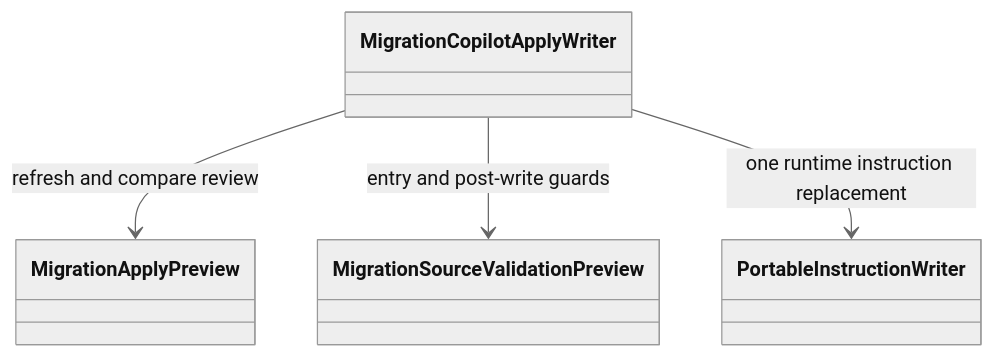
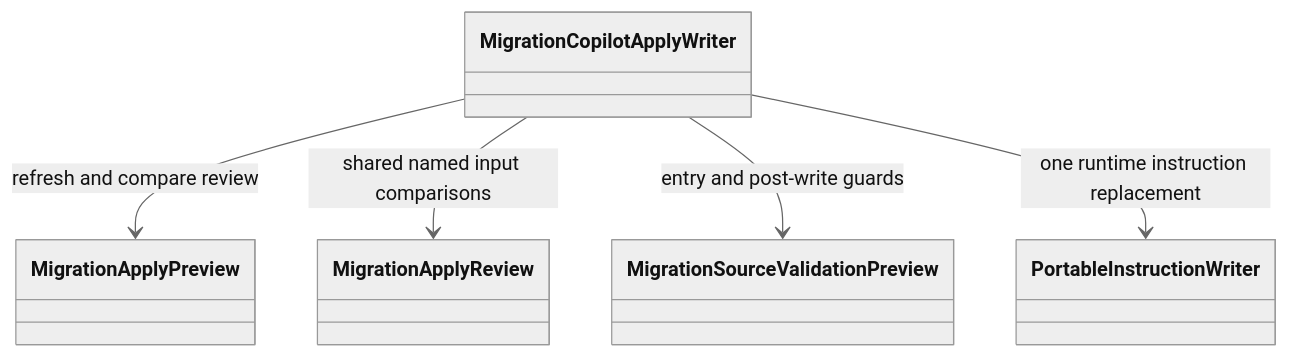
Diagram 38 of 44 in docs/architecture.md (ferrywlto/ai-env-as-code), drawn with Mermaid (neutral theme) before and after one commit. The commit also changed other lines of this file and 1 other file, not shown here.

Commit message:
docs(migration): clarify runtime apply and concurrency preconditions

````diff
--- a/docs/architecture.md
+++ b/docs/architecture.md
@@ -955,6 +977,7 @@
 ```mermaid
 classDiagram
     MigrationCopilotApplyWriter --> MigrationApplyPreview : refresh and compare review
+    MigrationCopilotApplyWriter --> MigrationApplyReview : shared named input comparisons
     MigrationCopilotApplyWriter --> MigrationSourceValidationPreview : entry and post-write guards
     MigrationCopilotApplyWriter --> PortableInstructionWriter : one runtime instruction replacement
 ```
````
